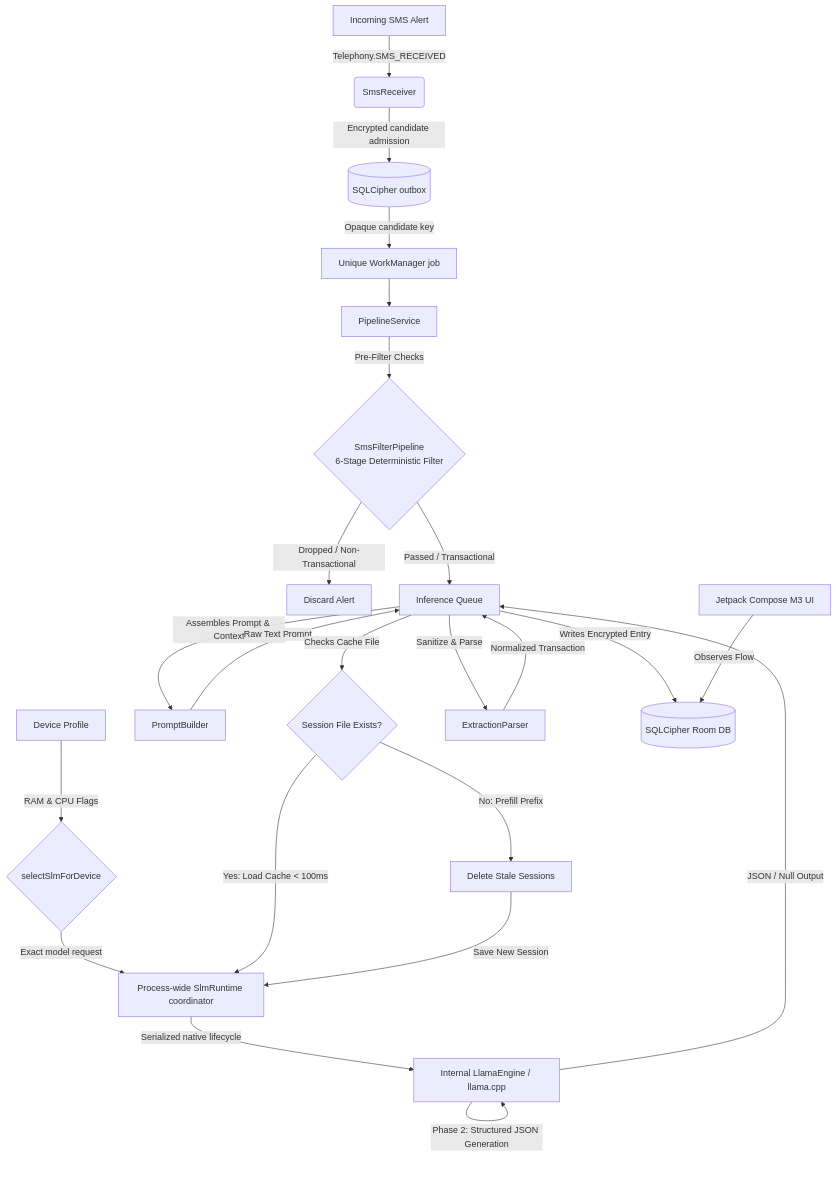
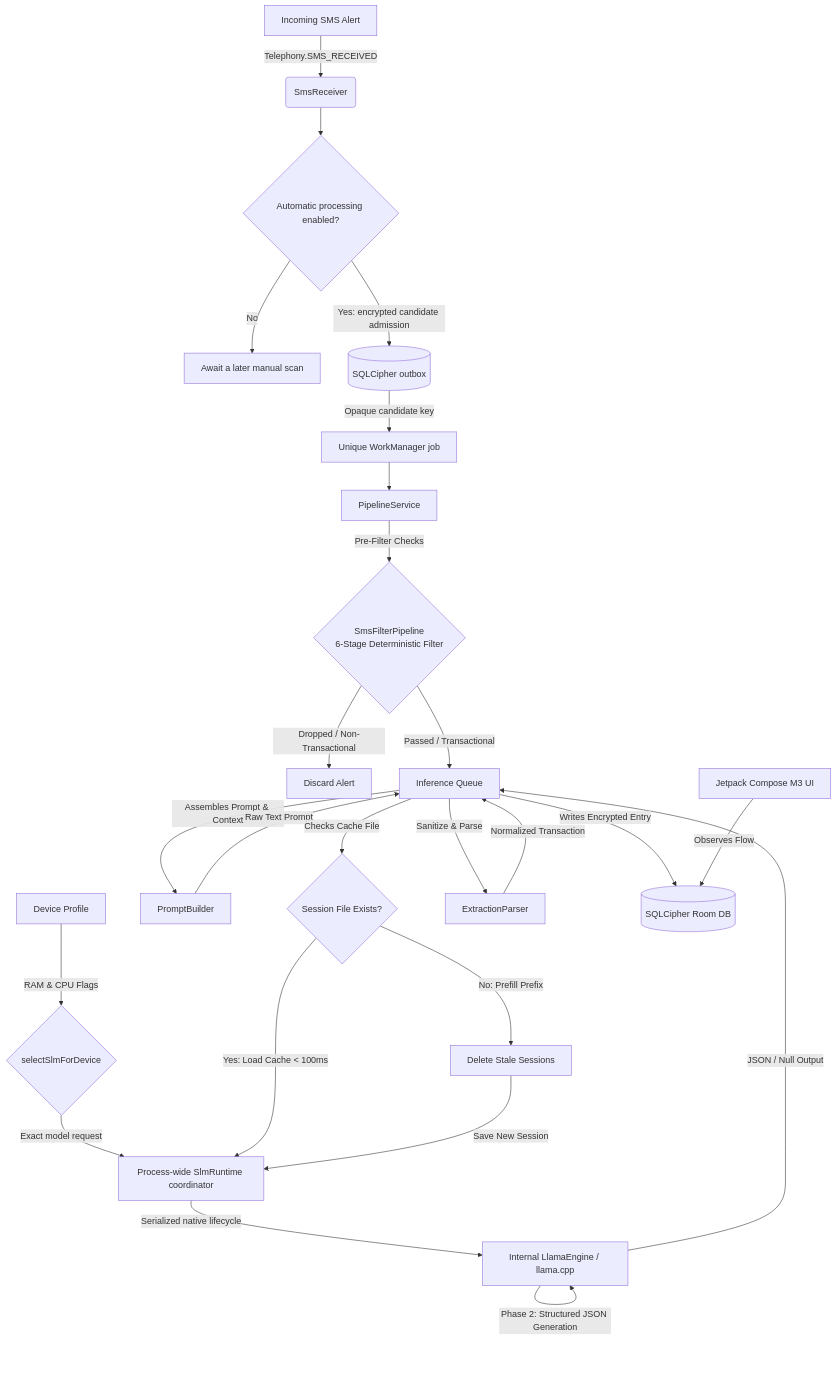
The diagram in README.md (ManishAradwad/pocket-financer-android), drawn with Mermaid before and after one commit. The commit also changed other lines of this file and 36 other files, not shown here.

````diff
--- a/README.md
+++ b/README.md
@@ -40,26 +40,28 @@
 ```mermaid
 graph TD
     A[Incoming SMS Alert] -->|Telephony.SMS_RECEIVED| B(SmsReceiver)
-    B -->|Encrypted candidate admission| Q[(SQLCipher outbox)]
+    B --> P{Automatic processing enabled?}
+    P -->|No| M[Await a later manual scan]
+    P -->|Yes: encrypted candidate admission| Q[(SQLCipher outbox)]
     Q -->|Opaque candidate key| W[Unique WorkManager job]
     W --> C[PipelineService]
     C -->|Pre-Filter Checks| FP{SmsFilterPipeline<br>6-Stage Deterministic Filter}
     FP -->|Dropped / Non-Transactional| Discard[Discard Alert]
     FP -->|Passed / Transactional| C2[Inference Queue]
     D[Device Profile] -->|RAM & CPU Flags| SEL{selectSlmForDevice}
     SEL -->|Exact model request| R[Process-wide SlmRuntime coordinator]
     R -->|Serialized native lifecycle| F[Internal LlamaEngine / llama.cpp]
     C2 -->|Assembles Prompt & Context| E[PromptBuilder]
     E -->|Raw Text Prompt| C2
     C2 -->|Checks Cache File| CHK{Session File Exists?}
     CHK -->|Yes: Load Cache < 100ms| R
     CHK -->|No: Prefill Prefix| DEL[Delete Stale Sessions]
     DEL -->|Save New Session| R
     F -->|Phase 1: Chain of Thought Reasoning| F
     F -->|Phase 2: Structured JSON Generation| F
     F -->|JSON / Null Output| C2
     C2 -->|Sanitize & Parse| G[ExtractionParser]
     G -->|Normalized Transaction| C2
     C2 -->|Writes Encrypted Entry| H[(SQLCipher Room DB)]
     I[Jetpack Compose M3 UI] -->|Observes Flow| H
 ```
````
